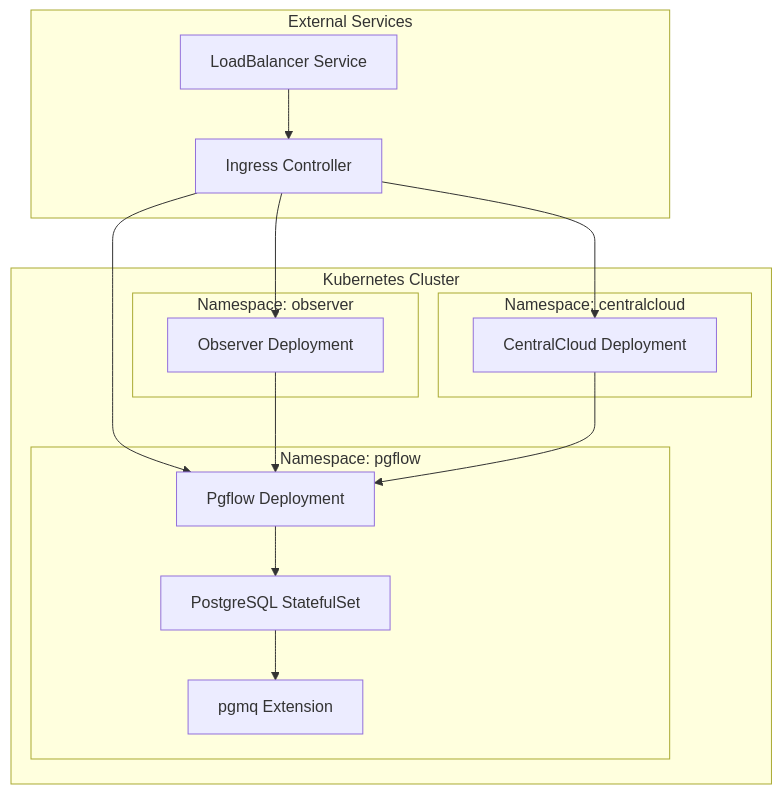
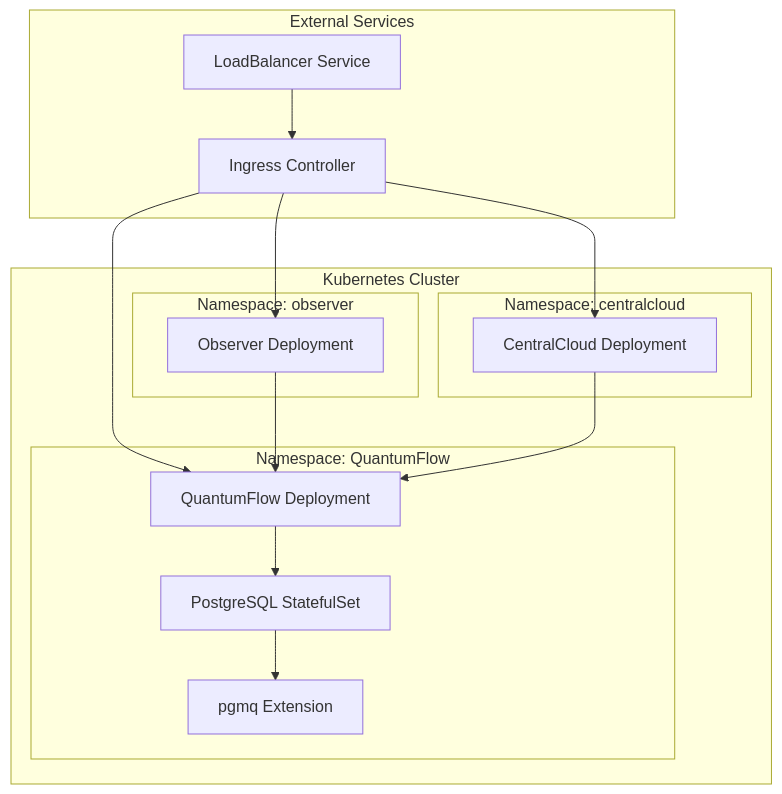
One commit to Singularity-ng/singularity-workflows changed diagram 11 of 15 in docs/architecture_diagrams.md. Above: the diagram before and after it, drawn with Mermaid. The commit also changed other lines of this file and 410 other files, not shown here.

First line of the commit message:
Rename ex_pgflow package to ex_quantum_flow

````diff
--- a/docs/architecture_diagrams.md
+++ b/docs/architecture_diagrams.md
@@ -291,32 +291,32 @@
 ```mermaid
 graph TB
     subgraph "Kubernetes Cluster"
-        subgraph "Namespace: pgflow"
-            A[Pgflow Deployment]
+        subgraph "Namespace: QuantumFlow"
+            A[QuantumFlow Deployment]
             B[PostgreSQL StatefulSet]
             C[pgmq Extension]
         end
         
         subgraph "Namespace: observer"
             D[Observer Deployment]
         end
         
         subgraph "Namespace: centralcloud"
             E[CentralCloud Deployment]
         end
     end
     
     subgraph "External Services"
         F[LoadBalancer Service]
         G[Ingress Controller]
     end
     
     F --> G
     G --> A
     G --> D
     G --> E
     A --> B
     B --> C
     D --> A
     E --> A
 ```
````
